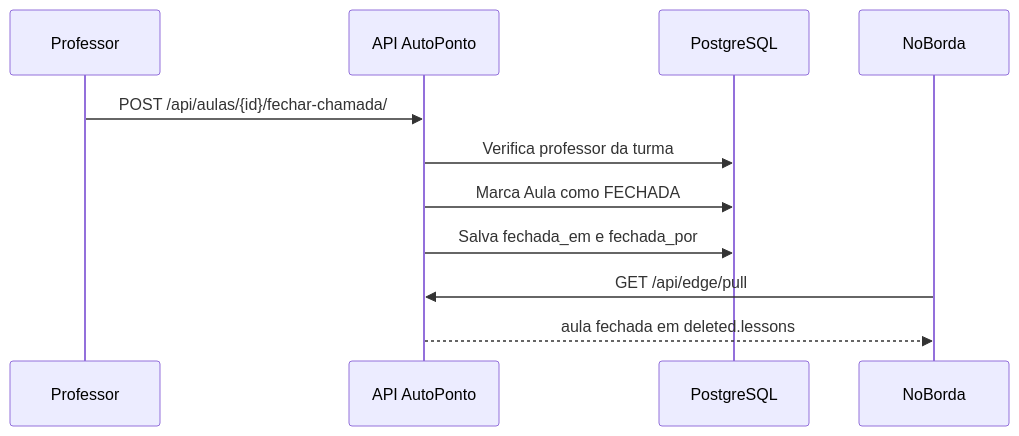
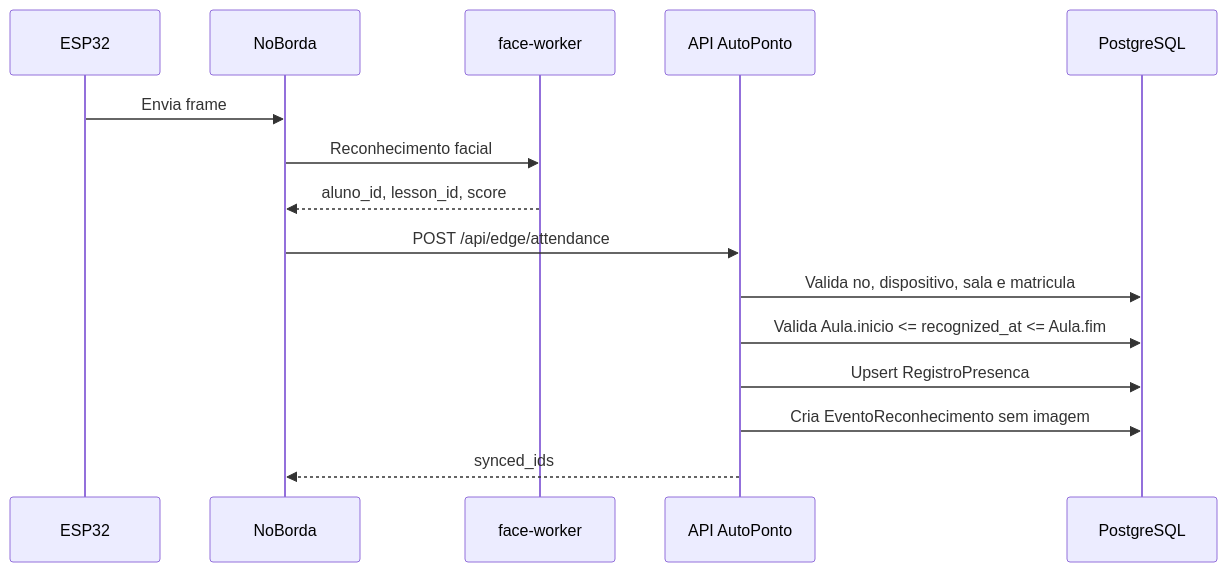
The fifth of 11 diagrams in autoponto-backend/docs/diagramas-tcc.md (DanielKGM/autoponto), drawn with Mermaid before and after one commit. The commit also changed other lines of this file and 42 other files, not shown here.

````diff
--- a/autoponto-backend/docs/diagramas-tcc.md
+++ b/autoponto-backend/docs/diagramas-tcc.md
@@ -190,14 +102,18 @@
 ```mermaid
 sequenceDiagram
-    participant Professor as Professor
+    participant ESP as ESP32
+    participant Edge as NoBorda
+    participant Face as face-worker
     participant API as API AutoPonto
     participant DB as PostgreSQL
-    participant Edge as NoBorda
 
-    Professor->>API: POST /api/aulas/{id}/fechar-chamada/
-    API->>DB: Verifica professor da turma
-    API->>DB: Marca Aula como FECHADA
-    API->>DB: Salva fechada_em e fechada_por
-    Edge->>API: GET /api/edge/pull
-    API-->>Edge: aula fechada em deleted.lessons
+    ESP->>Edge: Envia frame
+    Edge->>Face: Reconhecimento facial
+    Face-->>Edge: aluno_id, lesson_id, score
+    Edge->>API: POST /api/edge/attendance
+    API->>DB: Valida no, dispositivo, sala e matricula
+    API->>DB: Valida Aula.inicio <= recognized_at <= Aula.fim
+    API->>DB: Upsert RegistroPresenca
+    API->>DB: Cria EventoReconhecimento sem imagem
+    API-->>Edge: synced_ids
 ```
````
